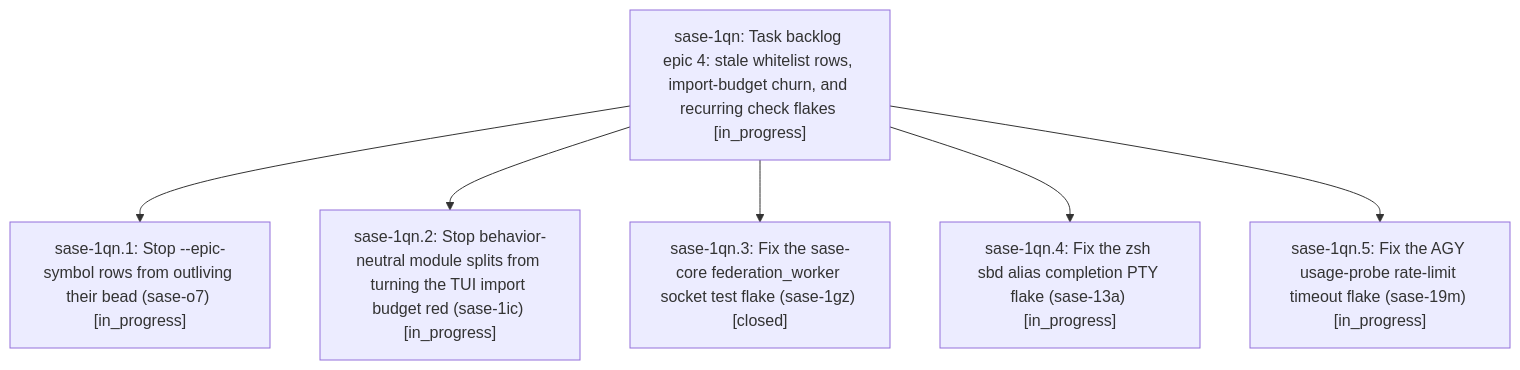
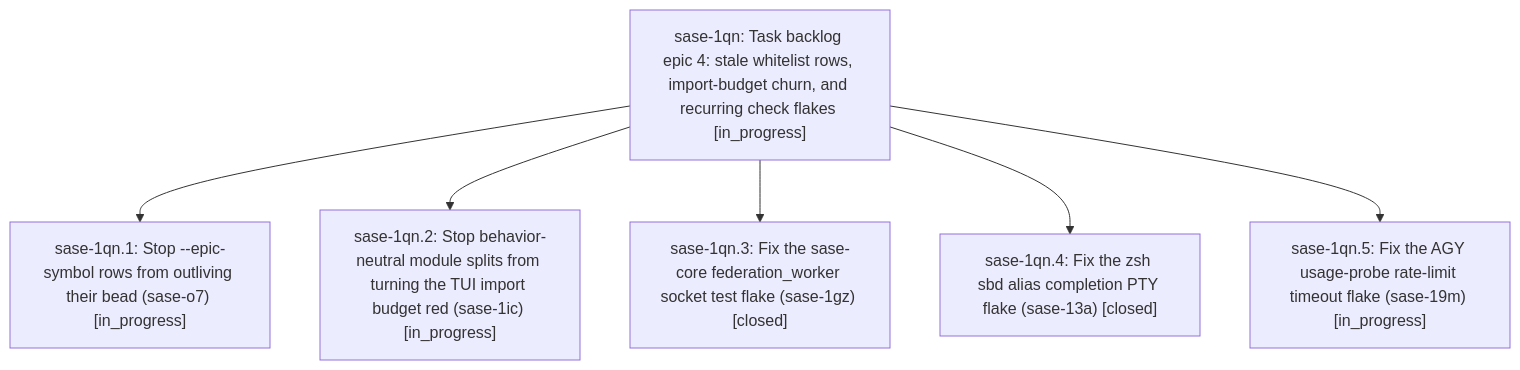
One commit to sase-org/sase--beads changed the diagram in pages/sase-1qn/README.md. Above: the diagram before and after it, drawn with Mermaid. The commit also changed other lines of this file and 2 other files, not shown here.

First line of the commit message:
chore(beads): sync bead state and pages for sase-1qn

````diff
--- a/pages/sase-1qn/README.md
+++ b/pages/sase-1qn/README.md
@@ -38,14 +38,14 @@
 ```mermaid
 flowchart TD
     n0["sase-1qn: Task backlog epic 4: stale whitelist rows, import-budget churn, and recurring check flakes [in_progress]"]
     n1["sase-1qn.1: Stop --epic-symbol rows from outliving their bead (sase-o7) [in_progress]"]
     n2["sase-1qn.2: Stop behavior-neutral module splits from turning the TUI import budget red (sase-1ic) [in_progress]"]
     n3["sase-1qn.3: Fix the sase-core federation_worker socket test flake (sase-1gz) [closed]"]
-    n4["sase-1qn.4: Fix the zsh sbd alias completion PTY flake (sase-13a) [in_progress]"]
+    n4["sase-1qn.4: Fix the zsh sbd alias completion PTY flake (sase-13a) [closed]"]
     n5["sase-1qn.5: Fix the AGY usage-probe rate-limit timeout flake (sase-19m) [in_progress]"]
     n0 --> n1
     n0 --> n2
     n0 --> n3
     n0 --> n4
     n0 --> n5
 ```
````
